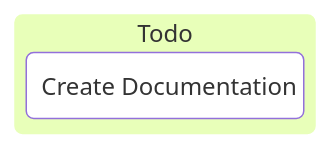
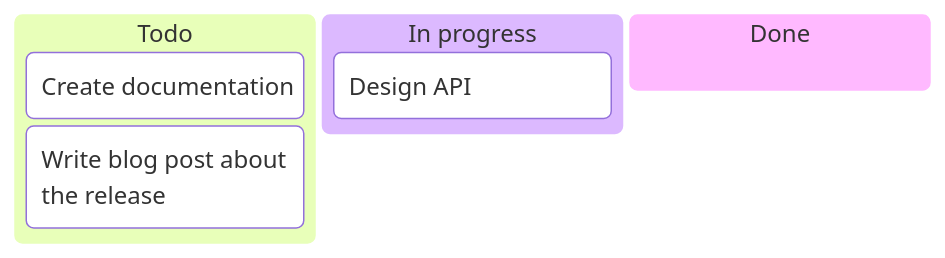
Before and after one commit to hgrabows/diagrammer-skills: the first of 3 diagrams in skills/diagrammer/specs/mermaid/kanban.md, drawn with Mermaid. The commit also changed other lines of this file and 127 other files, not shown here.

First line of the commit message:
feat: audit all specs, add example gallery, fix PlantUML and Gantt rendering

````diff
--- a/skills/diagrammer/specs/mermaid/kanban.md
+++ b/skills/diagrammer/specs/mermaid/kanban.md
@@ -64,5 +79,9 @@
 ```mermaid
 kanban
   todo[Todo]
-    docs[Create Documentation]
+    docs[Create documentation]
+    blog[Write blog post about the release]
+  doing[In progress]
+    api[Design API]
+  done[Done]
 ```
````
